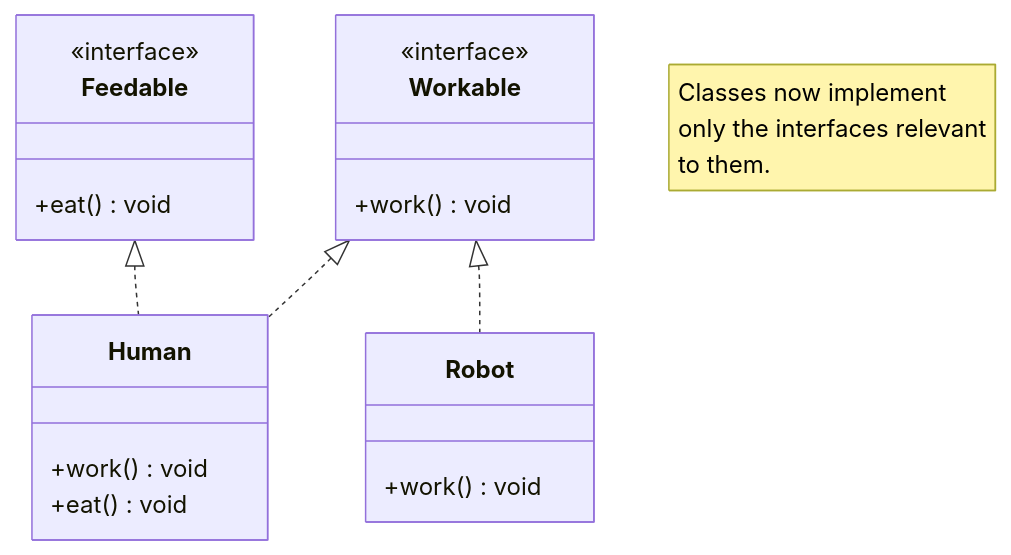
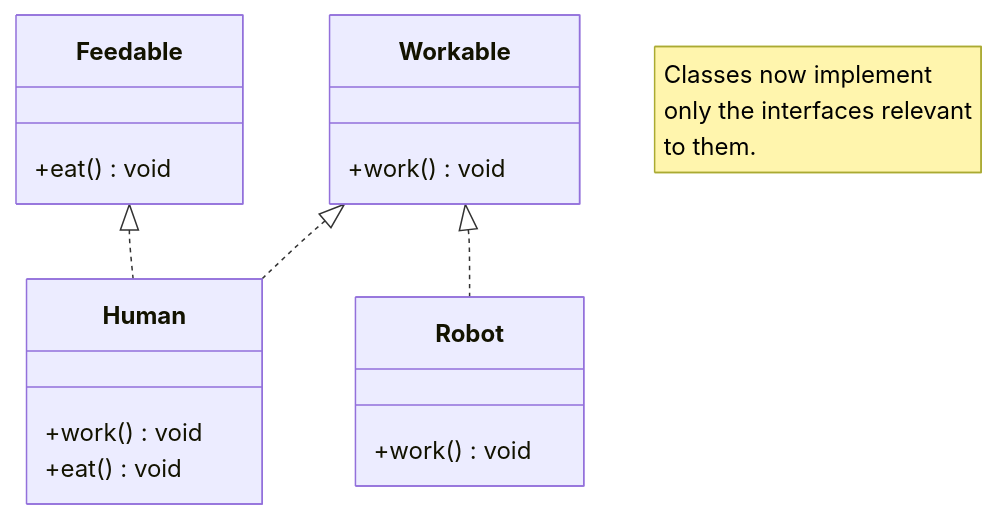
The fourth of 5 diagrams in content/2025-09-10-solid.md (zhu-weijie/my-static-blog), drawn with Mermaid before and after one commit. The commit also changed other lines of this file and 3 other files, not shown here.

````diff
--- a/content/2025-09-10-solid.md
+++ b/content/2025-09-10-solid.md
@@ -87,23 +85,21 @@
 ```mermaid
 classDiagram
     class Workable {
-        <<interface>>
         +work() void
     }
     class Feedable {
-        <<interface>>
         +eat() void
     }
     class Human {
         +work() void
         +eat() void
     }
     class Robot {
         +work() void
     }
 
     Workable <|.. Human
     Feedable <|.. Human
     Workable <|.. Robot
     note "Classes now implement<br/>only the interfaces relevant<br/>to them."
 ```
````
